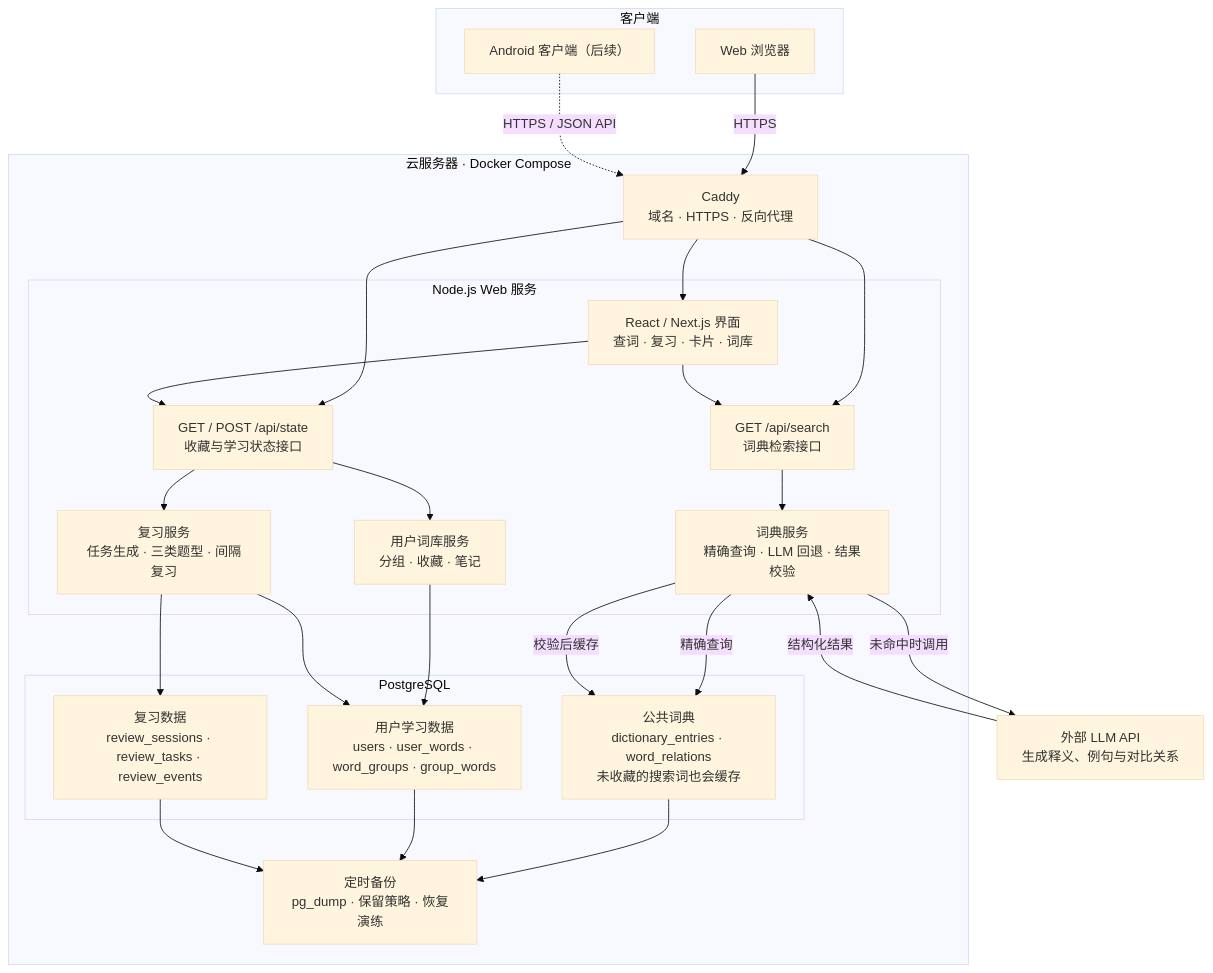
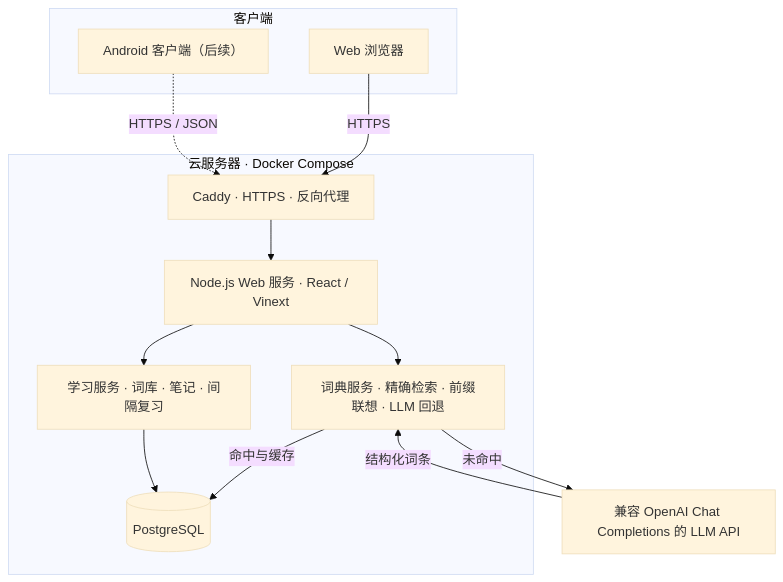
One commit to AnthonyayaPZ/Platypus changed the diagram in README.md. Above: the diagram before and after it, drawn with Mermaid (base theme). The commit also changed other lines of this file and 34 other files, not shown here.

Commit message:
feat: unify PostgreSQL deployment and library management

````diff
--- a/README.md
+++ b/README.md
@@ -11,55 +7,27 @@
 ```mermaid
 flowchart TB
-  subgraph Clients["客户端"]
+  subgraph Client["客户端"]
     Web["Web 浏览器"]
     Android["Android 客户端（后续）"]
   end
 
   subgraph Server["云服务器 · Docker Compose"]
-    Proxy["Caddy<br/>域名 · HTTPS · 反向代理"]
-
-    subgraph App["Node.js Web 服务"]
-      UI["React / Next.js 界面<br/>查词 · 复习 · 卡片 · 词库"]
-      SearchAPI["GET /api/search<br/>词典检索接口"]
-      StateAPI["GET / POST /api/state<br/>收藏与学习状态接口"]
-
-      Dictionary["词典服务<br/>精确查询 · LLM 回退 · 结果校验"]
-      Collection["用户词库服务<br/>分组 · 收藏 · 笔记"]
-      Review["复习服务<br/>任务生成 · 三类题型 · 间隔复习"]
-    end
-
-    subgraph Database["PostgreSQL"]
-      PublicData["公共词典<br/>dictionary_entries · word_relations<br/>未收藏的搜索词也会缓存"]
-      UserData["用户学习数据<br/>users · user_words · word_groups · group_words"]
-      ReviewData["复习数据<br/>review_sessions · review_tasks · review_events"]
-    end
-
-    Backup["定时备份<br/>pg_dump · 保留策略 · 恢复演练"]
+    Caddy["Caddy · HTTPS · 反向代理"]
+    App["Node.js Web 服务 · React / Vinext"]
+    Search["词典服务 · 精确检索 · 前缀联想 · LLM 回退"]
+    Learning["学习服务 · 词库 · 笔记 · 间隔复习"]
+    Postgres[("PostgreSQL")]
   end
 
-  LLM["外部 LLM API<br/>生成释义、例句与对比关系"]
+  LLM["兼容 OpenAI Chat Completions 的 LLM API"]
 
-  Web -->|"HTTPS"| Proxy
-  Android -.->|"HTTPS / JSON API"| Proxy
-  Proxy --> UI
-  Proxy --> SearchAPI
-  Proxy --> StateAPI
-
-  UI --> SearchAPI
-  UI --> StateAPI
-  SearchAPI --> Dictionary
-  StateAPI --> Collection
-  StateAPI --> Review
-
-  Dictionary -->|"精确查询"| PublicData
-  Dictionary -->|"未命中时调用"| LLM
-  LLM -->|"结构化结果"| Dictionary
-  Dictionary -->|"校验后缓存"| PublicData
-
-  Collection --> UserData
-  Review --> UserData
-  Review --> ReviewData
-  PublicData --> Backup
-  UserData --> Backup
-  ReviewData --> Backup
+  Web -->|HTTPS| Caddy
+  Android -.->|HTTPS / JSON| Caddy
+  Caddy --> App
+  App --> Search
+  App --> Learning
+  Search -->|命中与缓存| Postgres
+  Search -->|未命中| LLM
+  LLM -->|结构化词条| Search
+  Learning --> Postgres
 ```
````
